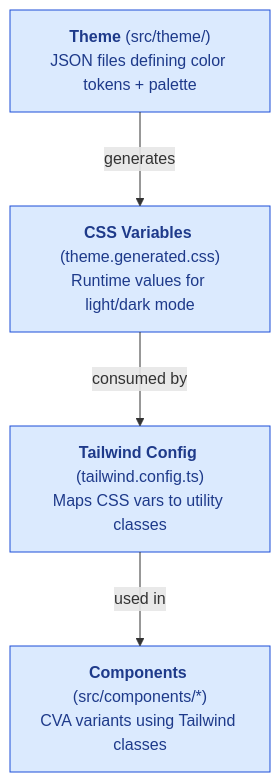
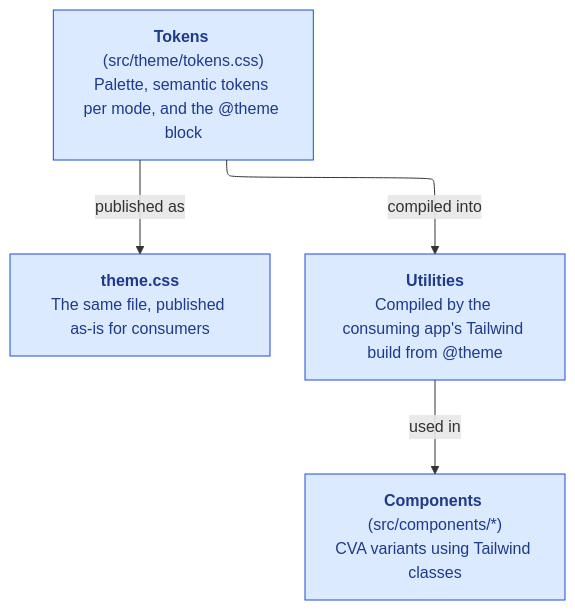
One commit to sixthshift/design-system changed the diagram in docs/design-tokens.md. Above: the diagram before and after it, drawn with Mermaid. The commit also changed other lines of this file and 32 other files, not shown here.

First line of the commit message:
feat!: author design tokens in CSS instead of JSON

````diff
--- a/docs/design-tokens.md
+++ b/docs/design-tokens.md
@@ -14,18 +14,18 @@
 ```mermaid
 ---
 config:
   layout: elk
 ---
 flowchart TB
-    Theme["<b>Theme</b> (src/theme/)<br/>JSON files defining color tokens + palette"]
-    CSS["<b>CSS Variables</b> (theme.generated.css)<br/>Runtime values for light/dark mode"]
-    Config["<b>Tailwind Config</b> (tailwind.config.ts)<br/>Maps CSS vars to utility classes"]
+    Tokens["<b>Tokens</b> (src/theme/tokens.css)<br/>Palette, semantic tokens per mode, and the @theme block"]
+    CSS["<b>theme.css</b><br/>The same file, published as-is for consumers"]
+    Utilities["<b>Utilities</b><br/>Compiled by the consuming app's Tailwind build from @theme"]
     Components["<b>Components</b> (src/components/*)<br/>CVA variants using Tailwind classes"]
 
-    Theme -->|generates| CSS
-    CSS -->|consumed by| Config
-    Config -->|used in| Components
+    Tokens -->|published as| CSS
+    Tokens -->|compiled into| Utilities
+    Utilities -->|used in| Components
 
     classDef engine fill:#dbeafe,stroke:#1d4ed8,color:#1e3a8a
-    class Theme,CSS,Config,Components engine
+    class Tokens,CSS,Utilities,Components engine
 ```
````
